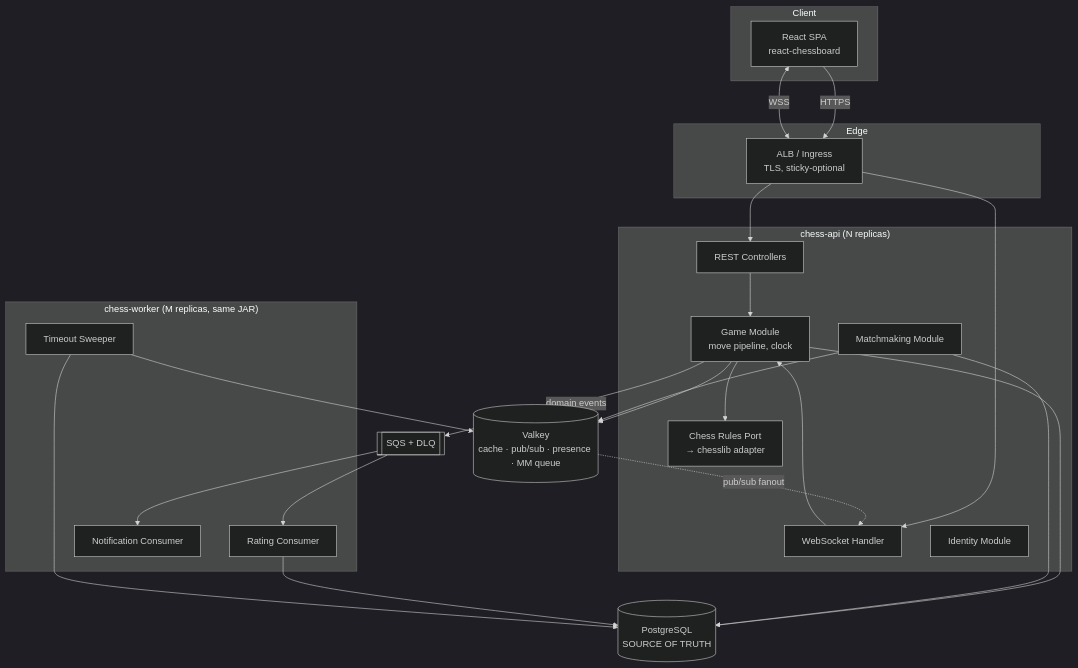
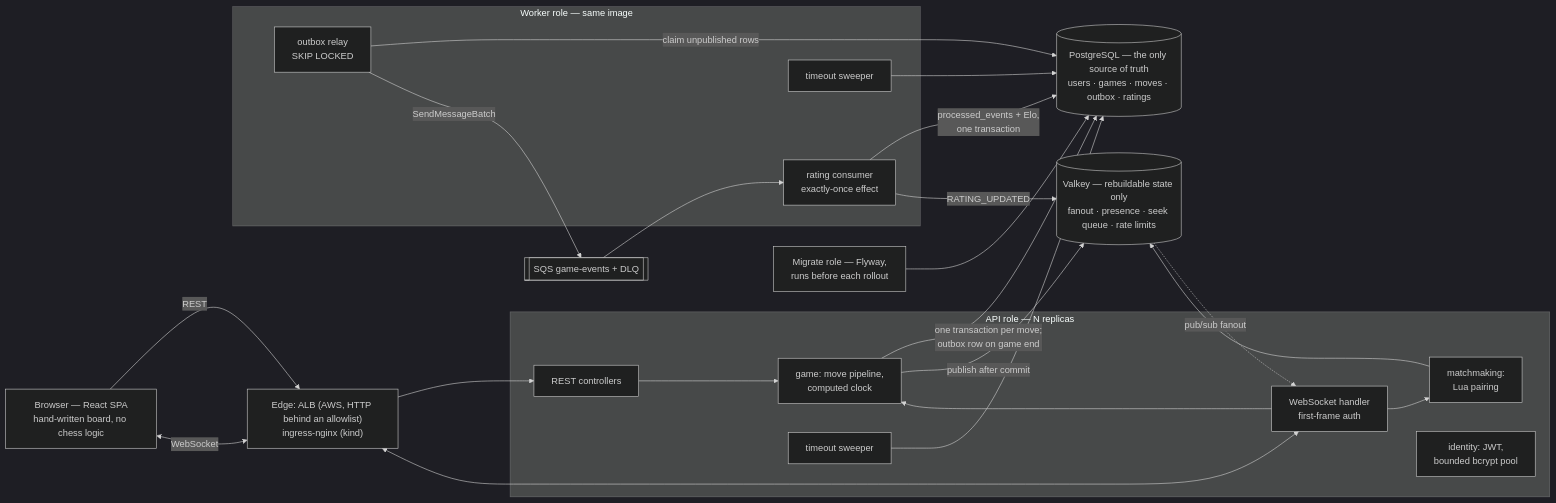
The first of 2 diagrams in ARCHITECTURE.md (Abhinav2777/chess-platform), drawn with Mermaid (dark theme) before and after one commit. The commit also changed other lines of this file and 4 other files, not shown here.

First line of the commit message:
docs: architecture checked against the code; diagrams; README with results (10.3)

````diff
--- a/ARCHITECTURE.md
+++ b/ARCHITECTURE.md
@@ -55,48 +56,46 @@
 ```mermaid
-graph TB
-    subgraph Client
-        R[React SPA<br/>react-chessboard]
+flowchart LR
+    B["Browser — React SPA<br/>hand-written board, no chess logic"]
+    E["Edge: ALB (AWS, HTTP behind an allowlist)<br/>ingress-nginx (kind)"]
+
+    subgraph API["API role — N replicas"]
+        REST[REST controllers]
+        WS["WebSocket handler<br/>first-frame auth"]
+        GAME["game: move pipeline,<br/>computed clock"]
+        MM["matchmaking:<br/>Lua pairing"]
+        ID["identity: JWT,<br/>bounded bcrypt pool"]
+        SW1[timeout sweeper]
     end
 
-    subgraph "Edge"
-        ALB[ALB / Ingress<br/>TLS, sticky-optional]
+    subgraph WRK["Worker role — same image"]
+        RELAY["outbox relay<br/>SKIP LOCKED"]
+        RATE["rating consumer<br/>exactly-once effect"]
+        SW2[timeout sweeper]
     end
 
-    subgraph "chess-api (N replicas)"
-        REST[REST Controllers]
-        WS[WebSocket Handler]
-        GAME[Game Module<br/>move pipeline, clock]
-        MM[Matchmaking Module]
-        ID[Identity Module]
-        RULES[Chess Rules Port<br/>→ chesslib adapter]
-    end
+    MIG["Migrate role — Flyway,<br/>runs before each rollout"]
 
-    subgraph "chess-worker (M replicas, same JAR)"
-        RATE[Rating Consumer]
-        NOTIF[Notification Consumer]
-        SWEEP[Timeout Sweeper]
-    end
+    PG[("PostgreSQL — the only source of truth<br/>users · games · moves · outbox · ratings")]
+    VK[("Valkey — rebuildable state only<br/>fanout · presence · seek queue · rate limits")]
+    SQS[["SQS game-events + DLQ"]]
 
-    PG[(PostgreSQL<br/>SOURCE OF TRUTH)]
-    VK[(Valkey<br/>cache · pub/sub · presence · MM queue)]
-    SQS[[SQS + DLQ]]
-
-    R -->|HTTPS| ALB
-    R <-->|WSS| ALB
-    ALB --> REST
-    ALB --> WS
+    B -->|REST| E
+    B <-->|WebSocket| E
+    E --> REST
+    E <--> WS
     REST --> GAME
     WS --> GAME
-    GAME --> RULES
-    GAME --> PG
-    GAME --> VK
-    GAME -->|domain events| SQS
+    WS --> MM
+    GAME -->|"one transaction per move;<br/>outbox row on game end"| PG
     MM --> VK
-    MM --> PG
+    GAME -->|publish after commit| VK
     VK -.->|pub/sub fanout| WS
+    SW1 --> PG
+    SW2 --> PG
+    RELAY -->|claim unpublished rows| PG
+    RELAY -->|SendMessageBatch| SQS
     SQS --> RATE
-    SQS --> NOTIF
-    RATE --> PG
-    SWEEP --> PG
-    SWEEP --> VK
+    RATE -->|"processed_events + Elo,<br/>one transaction"| PG
+    RATE -->|RATING_UPDATED| VK
+    MIG --> PG
 ```
````
